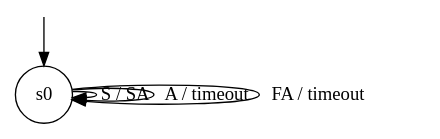
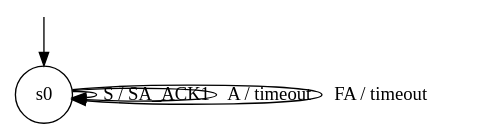
Before and after one commit to protocol-fuzzing/TCP-Fuzzer: the diagram in experiments/models/ubuntu-linux-6.17.0-23-generic/hyp1.dot, drawn with Graphviz. The commit also changed 5 other files, not shown here.

Commit message:
Fix: Match DPI alerts to the active TCP flow. Update CI experiments.

```diff
--- a/experiments/models/ubuntu-linux-6.17.0-23-generic/hyp1.dot
+++ b/experiments/models/ubuntu-linux-6.17.0-23-generic/hyp1.dot
@@ -1,11 +1,11 @@
 digraph g {
 
 	s0 [shape="circle" label="s0"];
-	s0 -> s0 [label="S / SA"];
+	s0 -> s0 [label="S / SA_ACK1"];
 	s0 -> s0 [label="A / timeout"];
 	s0 -> s0 [label="FA / timeout"];
 
 __start0 [label="" shape="none" width="0" height="0"];
 __start0 -> s0;
 
 }
```
